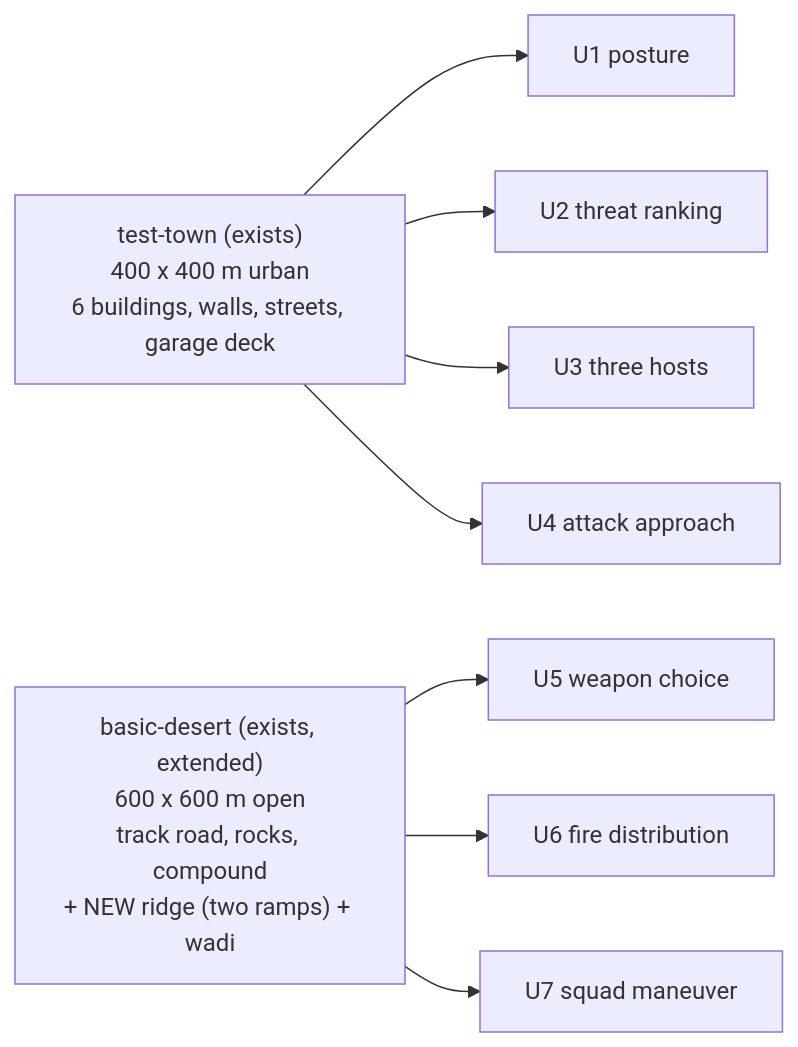
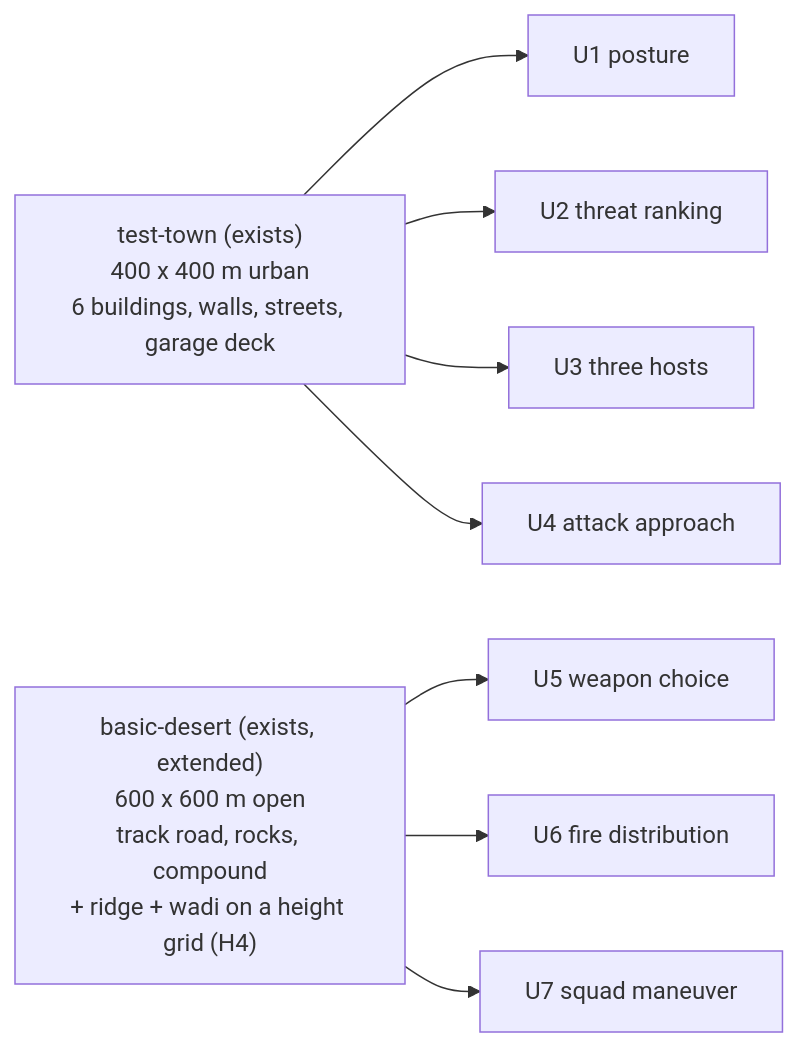
The first of 25 diagrams in docs/DESIGN_Utility_AI_Demo_Scenarios.md (pjanec/HROT), drawn with Mermaid before and after one commit. The commit also changed other lines of this file and 7 other files, not shown here.

First line of the commit message:
CE-3086 (Terrain Height H4): basic-desert gets a ridge and a wadi on a height grid

````diff
--- a/docs/DESIGN_Utility_AI_Demo_Scenarios.md
+++ b/docs/DESIGN_Utility_AI_Demo_Scenarios.md
@@ -91,12 +91,12 @@
 ```mermaid
 graph LR
   TT["test-town (exists)<br/>400 x 400 m urban<br/>6 buildings, walls, streets, garage deck"]
-  BD["basic-desert (exists, extended)<br/>600 x 600 m open<br/>track road, rocks, compound<br/>+ NEW ridge (two ramps) + wadi"]
+  BD["basic-desert (exists, extended)<br/>600 x 600 m open<br/>track road, rocks, compound<br/>+ ridge + wadi on a height grid (H4)"]
   TT --> U1["U1 posture"]
   TT --> U2["U2 threat ranking"]
   TT --> U3["U3 three hosts"]
   TT --> U4["U4 attack approach"]
   BD --> U5["U5 weapon choice"]
   BD --> U6["U6 fire distribution"]
   BD --> U7["U7 squad maneuver"]
 ```
````
